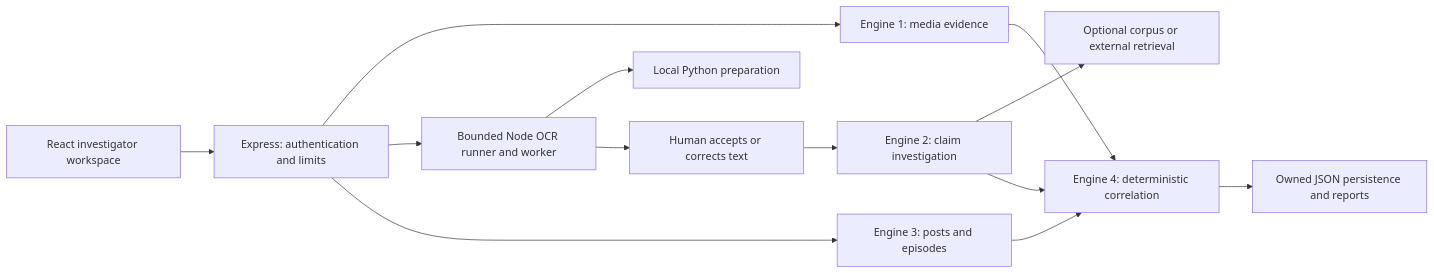
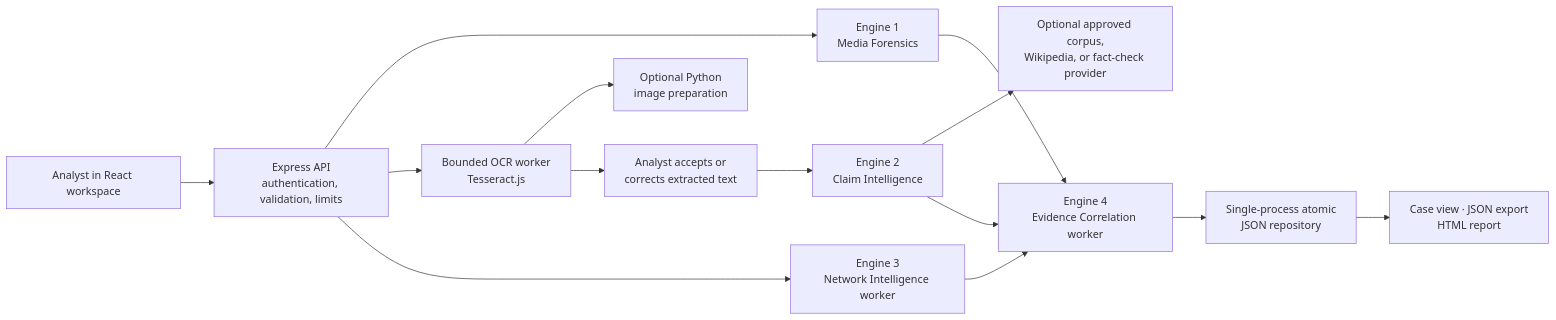
One commit to CyberShieldTeam/Deepfakedet changed the diagram in README.md. Above: the diagram before and after it, drawn with Mermaid. The commit also changed other lines of this file, not shown here.

````diff
--- a/README.md
+++ b/README.md
@@ -52,15 +34,16 @@
 ```mermaid
 flowchart LR
-  UI["React investigator workspace"] --> API["Express: authentication and limits"]
-  API --> E1["Engine 1: media evidence"]
-  API --> OCR["Bounded Node OCR runner and worker"]
-  OCR --> PREP["Local Python preparation"]
-  OCR --> REVIEW["Human accepts or corrects text"]
-  REVIEW --> E2["Engine 2: claim investigation"]
-  E2 --> SOURCES["Optional corpus or external retrieval"]
-  API --> E3["Engine 3: posts and episodes"]
-  E1 --> E4["Engine 4: deterministic correlation"]
-  E2 --> E4
-  E3 --> E4
-  E4 --> STORE["Owned JSON persistence and reports"]
+    A["Analyst in React workspace"] --> B["Express API<br/>authentication, validation, limits"]
+    B --> E1["Engine 1<br/>Media Forensics"]
+    B --> X["Bounded OCR worker<br/>Tesseract.js"]
+    X --> P["Optional Python<br/>image preparation"]
+    X --> R["Analyst accepts or<br/>corrects extracted text"]
+    R --> E2["Engine 2<br/>Claim Intelligence"]
+    E2 --> S["Optional approved corpus,<br/>Wikipedia, or fact-check provider"]
+    B --> E3["Engine 3<br/>Network Intelligence worker"]
+    E1 --> E4["Engine 4<br/>Evidence Correlation worker"]
+    E2 --> E4
+    E3 --> E4
+    E4 --> D["Single-process atomic<br/>JSON repository"]
+    D --> O["Case view · JSON export<br/>HTML report"]
 ```
````
